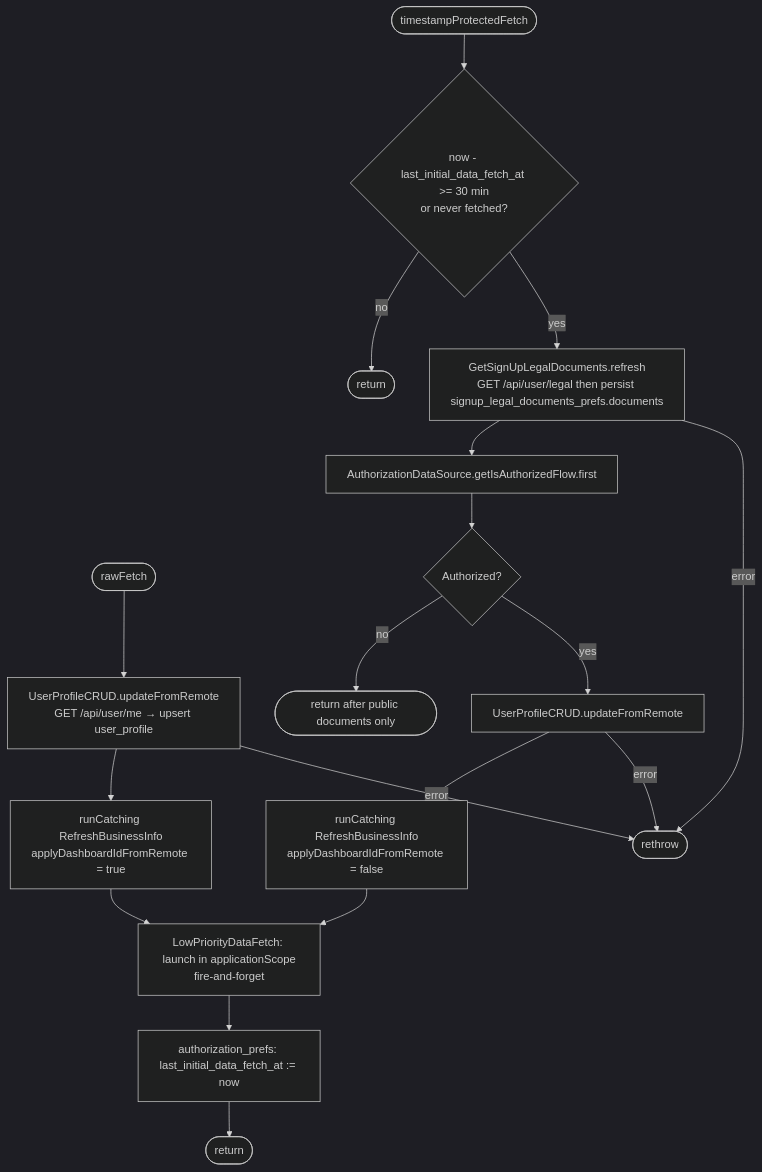
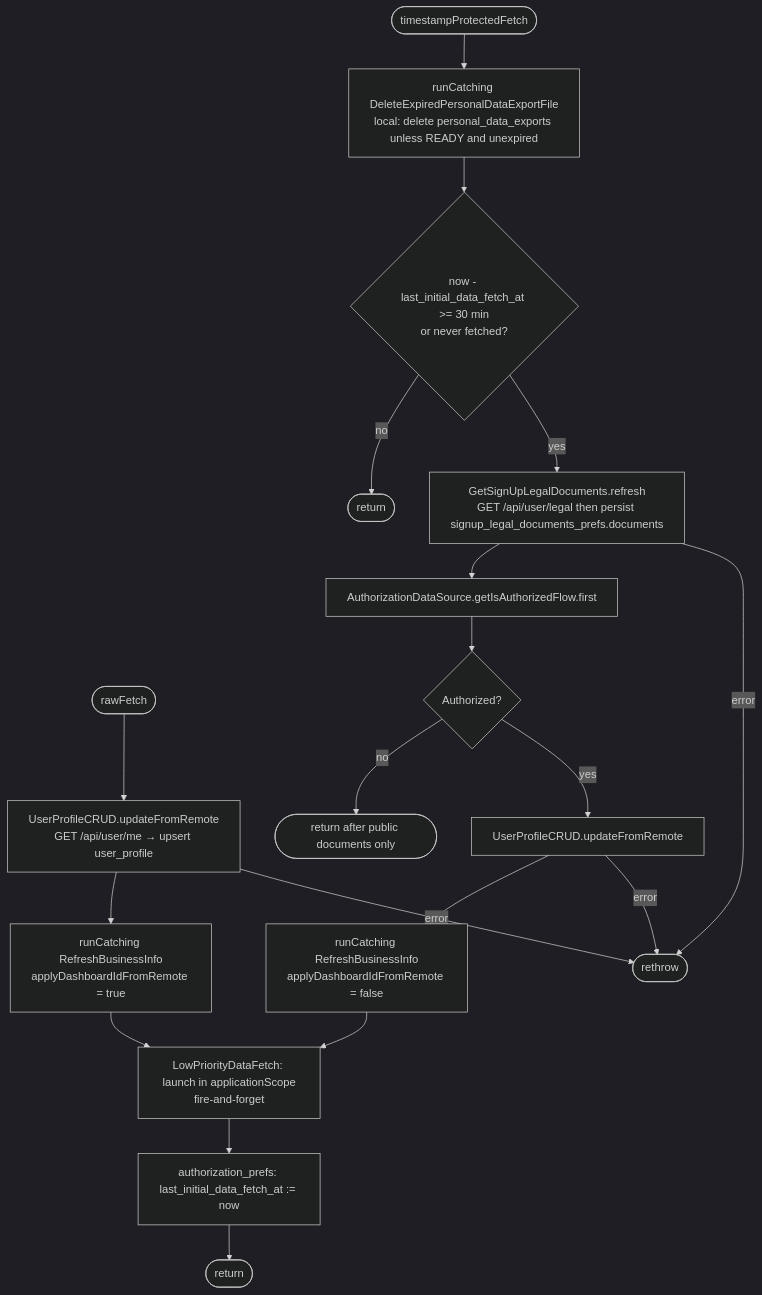
One commit to nocturneproperties/bookkme-client changed the first of 2 diagrams in docs/operations/authorization/initial-app-data-fetch.md. Above: the diagram before and after it, drawn with Mermaid (dark theme). The commit also changed other lines of this file and 47 other files, not shown here.

````diff
--- a/docs/operations/authorization/initial-app-data-fetch.md
+++ b/docs/operations/authorization/initial-app-data-fetch.md
@@ -18,20 +21,21 @@
 ```mermaid
 flowchart TD
     A([rawFetch]) --> P
-    B([timestampProtectedFetch]) --> Due{now - last_initial_data_fetch_at >= 30 min<br/>or never fetched?}
+    B([timestampProtectedFetch]) --> Cleanup[runCatching DeleteExpiredPersonalDataExportFile<br/>local: delete personal_data_exports unless READY and unexpired]
+    Cleanup --> Due{now - last_initial_data_fetch_at >= 30 min<br/>or never fetched?}
     Due -- no --> Skip([return])
     Due -- yes --> Legal[GetSignUpLegalDocuments.refresh<br/>GET /api/user/legal then persist signup_legal_documents_prefs.documents]
     Legal --> Auth[AuthorizationDataSource.getIsAuthorizedFlow.first]
     Auth --> Authorized{Authorized?}
     Authorized -- no --> PublicOnly([return after public documents only])
     Authorized -- yes --> P2
     Legal -- error --> EX
     P[UserProfileCRUD.updateFromRemote<br/>GET /api/user/me → upsert user_profile] --> BizA[runCatching RefreshBusinessInfo<br/>applyDashboardIdFromRemote = true]
     P2[UserProfileCRUD.updateFromRemote] --> BizB[runCatching RefreshBusinessInfo<br/>applyDashboardIdFromRemote = false]
     BizA --> Low
     BizB --> Low
     Low[LowPriorityDataFetch: launch in applicationScope<br/>fire-and-forget] --> Mark[authorization_prefs: last_initial_data_fetch_at := now]
     Mark --> R([return])
     P -- error --> EX([rethrow])
     P2 -- error --> EX
 ```
````
